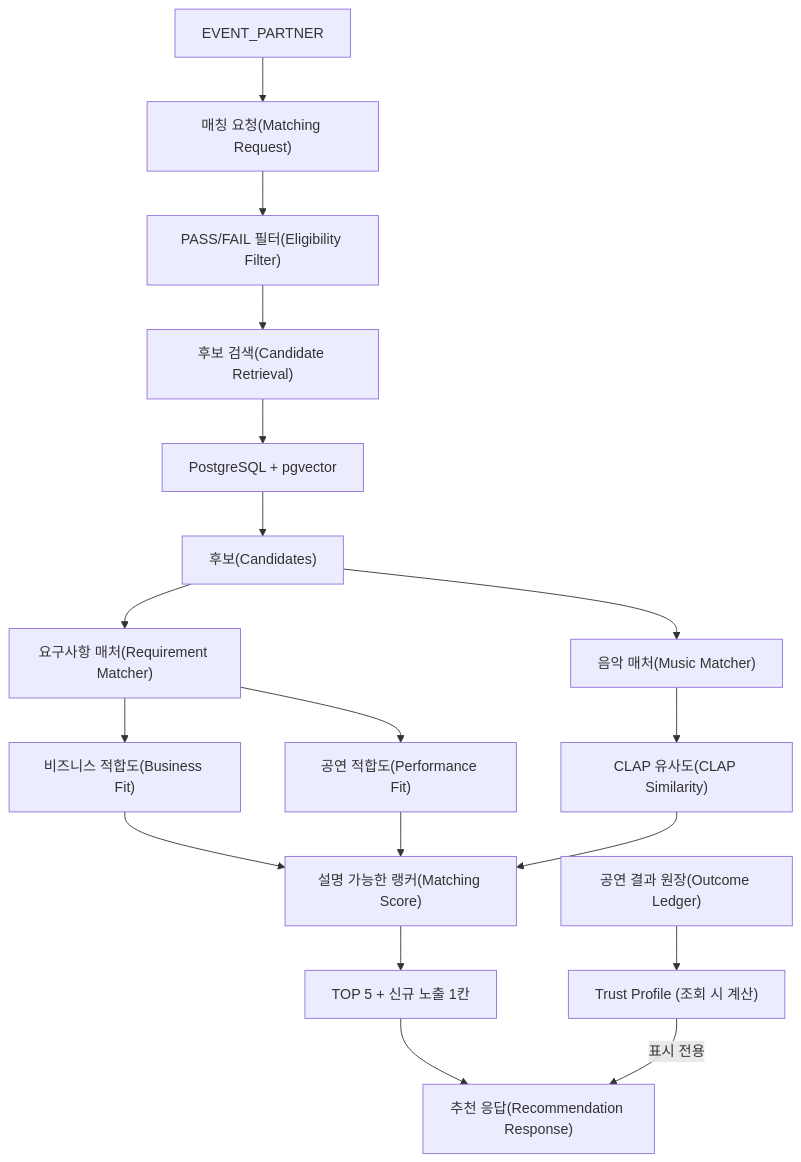
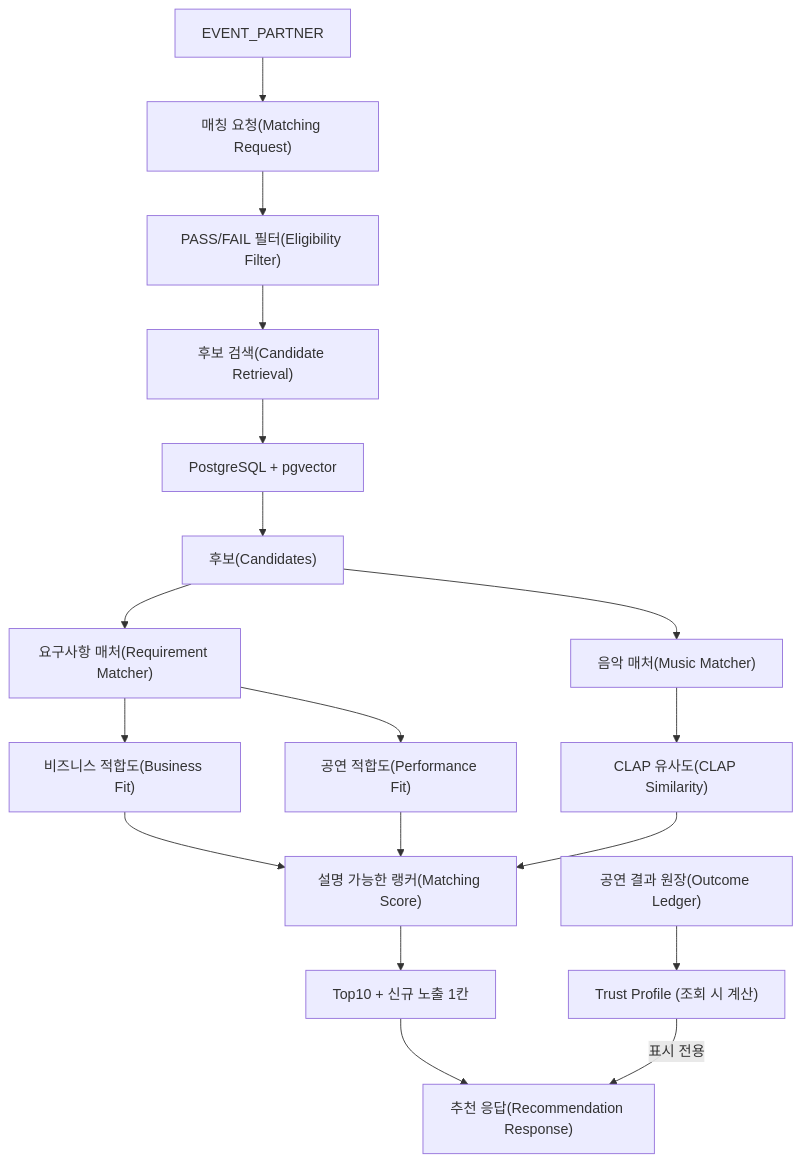
One commit to nsuCapstoneTeam/NSU_CAPSTONE changed the ninth of 10 diagrams in docs/adr/artist_trust_architecture/01_artist_trust_architecture.md. Above: the diagram before and after it, drawn with Mermaid. The commit also changed other lines of this file and 6 other files, not shown here.

````diff
--- a/docs/adr/artist_trust_architecture/01_artist_trust_architecture.md
+++ b/docs/adr/artist_trust_architecture/01_artist_trust_architecture.md
@@ -826,34 +826,34 @@
 ```mermaid
 flowchart TD
 
     Partner["EVENT_PARTNER"]
 
     Partner --> Request["매칭 요청(Matching Request)"]
 
     Request --> Eligibility["PASS/FAIL 필터(Eligibility Filter)"]
 
     Eligibility --> Retrieval["후보 검색(Candidate Retrieval)"]
 
     Retrieval --> DB["PostgreSQL + pgvector"]
 
     DB --> Candidates["후보(Candidates)"]
 
     Candidates --> Requirement["요구사항 매처(Requirement Matcher)"]
     Candidates --> Music["음악 매처(Music Matcher)"]
 
     Requirement --> Business["비즈니스 적합도(Business Fit)"]
     Requirement --> Performance["공연 적합도(Performance Fit)"]
 
     Music --> CLAP["CLAP 유사도(CLAP Similarity)"]
 
     Business --> Ranker["설명 가능한 랭커(Matching Score)"]
     Performance --> Ranker
     CLAP --> Ranker
 
-    Ranker --> Top5["TOP 5 + 신규 노출 1칸"]
+    Ranker --> Top10["Top10 + 신규 노출 1칸"]
 
     Ledger["공연 결과 원장(Outcome Ledger)"] --> TrustProfile["Trust Profile (조회 시 계산)"]
 
-    Top5 --> Response["추천 응답(Recommendation Response)"]
+    Top10 --> Response["추천 응답(Recommendation Response)"]
     TrustProfile -->|표시 전용| Response
 ```
````
